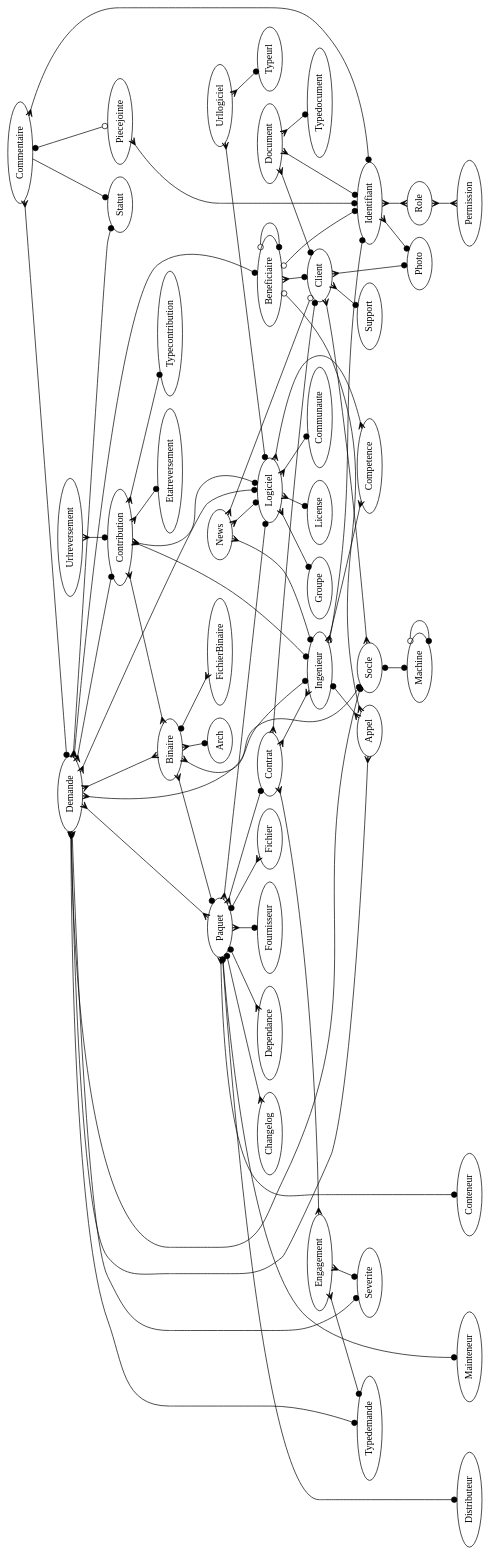
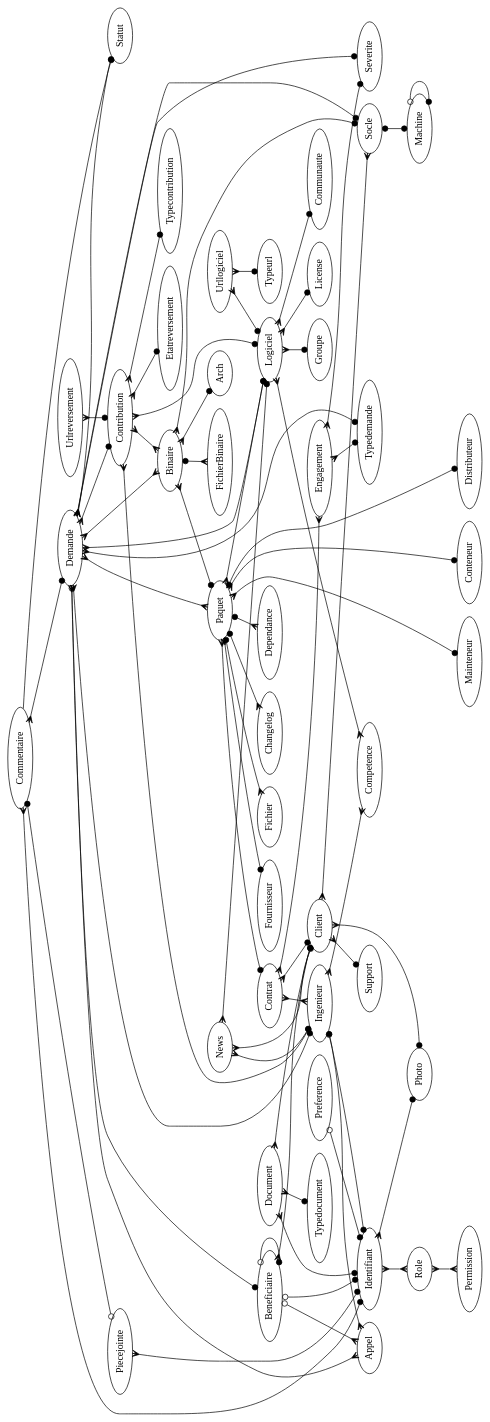
The diagram in doc/modele_donnee.dot (trivoallan/tosca), drawn with Graphviz before and after one commit.

Commit message:
Voili le modèle de donnée mis à jour

```diff
--- a/doc/modele_donnee.dot
+++ b/doc/modele_donnee.dot
@@ -1,79 +1,81 @@
 digraph x {
 
 rotate=90;
 
 {rank=max; Distributeur Mainteneur Conteneur }
 
 Binaire -> Paquet [arrowhead=dot,arrowtail=crow,dir=both]
 Binaire -> Socle [arrowhead=dot,dir=both,arrowtail=crow]
 Binaire -> Arch [arrowhead=dot,dir=both,arrowtail=crow]
 Binaire -> FichierBinaire [arrowhead=crow,dir=both,arrowtail=dot]
 
 Beneficiaire -> Identifiant [arrowhead=dot,arrowtail=odot,dir=both]
 Beneficiaire -> Appel [arrowhead=crow,arrowtail=odot,dir=both]
 Beneficiaire -> Client [arrowhead=dot,dir=both,arrowtail=crow]
 Beneficiaire -> Beneficiaire [arrowhead=dot,arrowtail=odot,dir=both]
 Client -> Photo [arrowhead=dot,dir=both,arrowtail=crow]
 Client -> Support [arrowhead=dot,dir=both,arrowtail=crow]
 Client -> Socle [arrowhead=crow,dir=both,arrowtail=crow]
 Commentaire -> Demande [arrowhead=dot,dir=both,arrowtail=crow]
 Commentaire -> Identifiant [arrowhead=dot,dir=both,arrowtail=crow]
 Commentaire -> Piecejointe [arrowhead=odot,dir=both,arrowtail=dot]
 Commentaire -> Statut [arrowhead=dot]
 Contrat -> Client [arrowhead=dot,dir=both,arrowtail=crow]
 Contrat -> Ingenieur [arrowhead=crow,arrowtail=crow,dir=both]
 Contrat -> Engagement [arrowhead=crow,arrowtail=crow,dir=both]
 Identifiant -> Photo [arrowhead=dot,dir=both,arrowtail=crow]
 Identifiant -> Role [arrowhead=crow,arrowtail=crow,dir=both]
 Ingenieur -> Competence [arrowhead=crow,arrowtail=crow,dir=both]
 Ingenieur -> Identifiant [arrowhead=dot,arrowtail=odot,dir=both]
 Ingenieur -> Appel [arrowhead=crow,dir=both,arrowtail=dot]
+
 Logiciel -> Competence [arrowhead=crow,arrowtail=crow,dir=both]
 Logiciel -> License [arrowhead=dot,dir=both,arrowtail=crow]
 Logiciel -> Communaute [arrowhead=dot,dir=both,arrowtail=crow]
 Logiciel -> Groupe [arrowhead=dot,dir=both,arrowtail=crow]
 
 News -> Ingenieur [arrowhead=dot,dir=both,arrowtail=crow]
 News -> Client [arrowhead=odot,dir=both,arrowtail=crow]
 News -> Logiciel [arrowhead=dot,dir=both,arrowtail=crow]
 
 Paquet -> Logiciel [arrowhead=dot,dir=both,arrowtail=crow]
 Paquet -> Fournisseur [arrowhead=dot,dir=both,arrowtail=crow]
 Paquet -> Fichier [arrowhead=crow,dir=both,arrowtail=dot]
 Paquet -> Contrat [arrowhead=dot,dir=both,arrowtail=crow]
 Paquet -> Changelog [arrowhead=crow,dir=both,arrowtail=dot]
 Paquet -> Distributeur [arrowhead=dot,dir=both,arrowtail=dot]
 Paquet -> Dependance [arrowhead=crow,dir=both,arrowtail=dot]
 Paquet -> Mainteneur [arrowhead=dot,dir=both,arrowtail=crow]
 Paquet -> Conteneur [arrowhead=dot,dir=both,arrowtail=crow]
+Preference -> Identifiant [arrowhead=dot,arrowtail=odot,dir=both]
 Socle -> Machine [arrowhead=dot,dir=both,arrowtail=dot]
 Machine -> Machine [arrowhead=dot,dir=both,arrowtail=odot]
 Demande -> Typedemande [arrowhead=dot,dir=both,arrowtail=crow]
 Demande -> Logiciel [arrowhead=dot,dir=both,arrowtail=crow]
 Demande -> Severite [arrowhead=dot,dir=both,arrowtail=crow]
 Demande -> Beneficiaire [arrowhead=dot,dir=both,arrowtail=crow]
 Demande -> Socle [arrowhead=dot,dir=both,arrowtail=crow]
 Demande -> Statut [arrowhead=dot,dir=both,arrowtail=crow]
 Demande -> Ingenieur [arrowhead=dot,dir=both,arrowtail=crow]
 Demande -> Binaire [arrowhead=crow,arrowtail=crow,dir=both]
 Demande -> Paquet [arrowhead=crow,arrowtail=crow,dir=both]
 Demande -> Appel [arrowhead=crow,arrowtail=odot,dir=both]
 Urllogiciel -> Logiciel [arrowhead=dot,dir=both,arrowtail=crow]
 Urllogiciel -> Typeurl [arrowhead=dot,dir=both,arrowtail=crow]
 Engagement -> Severite [arrowhead=dot,dir=both,arrowtail=crow]
 Engagement -> Typedemande [arrowhead=dot,dir=both,arrowtail=crow]
 Role -> Permission [arrowhead=crow,arrowtail=crow,dir=both]
 Contribution -> Binaire [arrowhead=crow,arrowtail=crow,dir=both]
 Urlreversement -> Contribution [arrowhead=dot,dir=both,arrowtail=crow]
 Demande -> Contribution [arrowhead=dot,dir=both,arrowtail=crow]
 Contribution -> Etatreversement [arrowhead=dot,dir=both,arrowtail=crow]
 Contribution -> Typecontribution [arrowhead=dot,dir=both,arrowtail=crow]
 Contribution -> Logiciel [arrowhead=dot,dir=both,arrowtail=crow]
 Contribution -> Ingenieur [arrowhead=dot,dir=both,arrowtail=crow]
 Piecejointe -> Identifiant [arrowtail=crow,dir=both,arrowhead=dot]
 Document -> Client [arrowhead=dot,dir=both,arrowtail=crow]
 Document -> Typedocument [arrowhead=dot,dir=both,arrowtail=crow]
 Document -> Identifiant [arrowhead=dot,dir=both,arrowtail=crow]
 
 
 }
```
